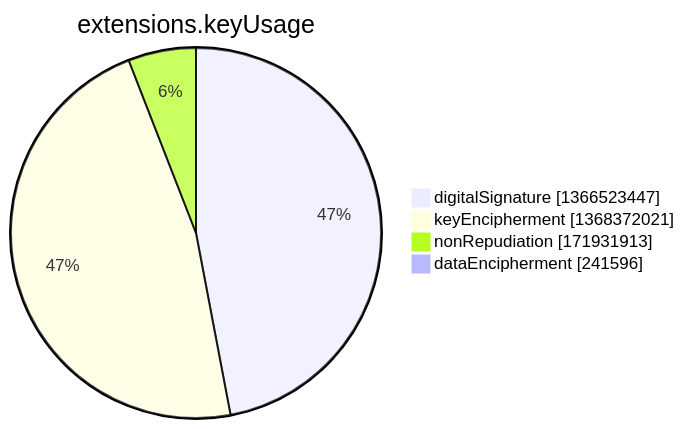
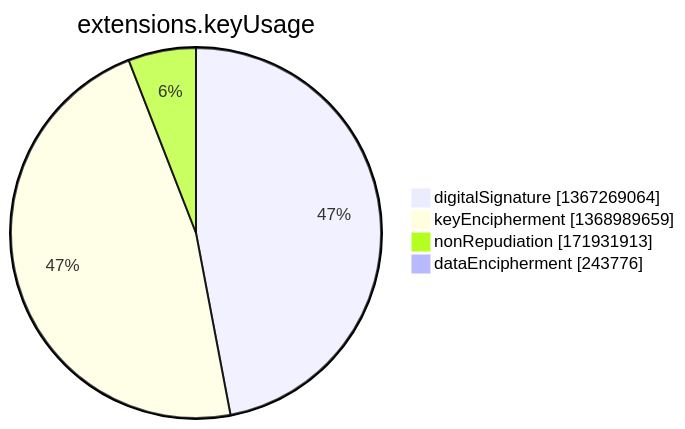
The seventh of 15 diagrams in argon2022/README.md (christiankrug/ctmonitor_visualization), drawn with Mermaid before and after one commit. The commit also changed other lines of this file, not shown here.

````diff
--- a/argon2022/README.md
+++ b/argon2022/README.md
@@ -2751,8 +2751,8 @@
 ```mermaid
 pie showData
 title extensions.keyUsage
-"digitalSignature" :1366523447
-"keyEncipherment" :1368372021
+"digitalSignature" :1367269064
+"keyEncipherment" :1368989659
 "nonRepudiation" :171931913
-"dataEncipherment" :241596
+"dataEncipherment" :243776
 ```
````
